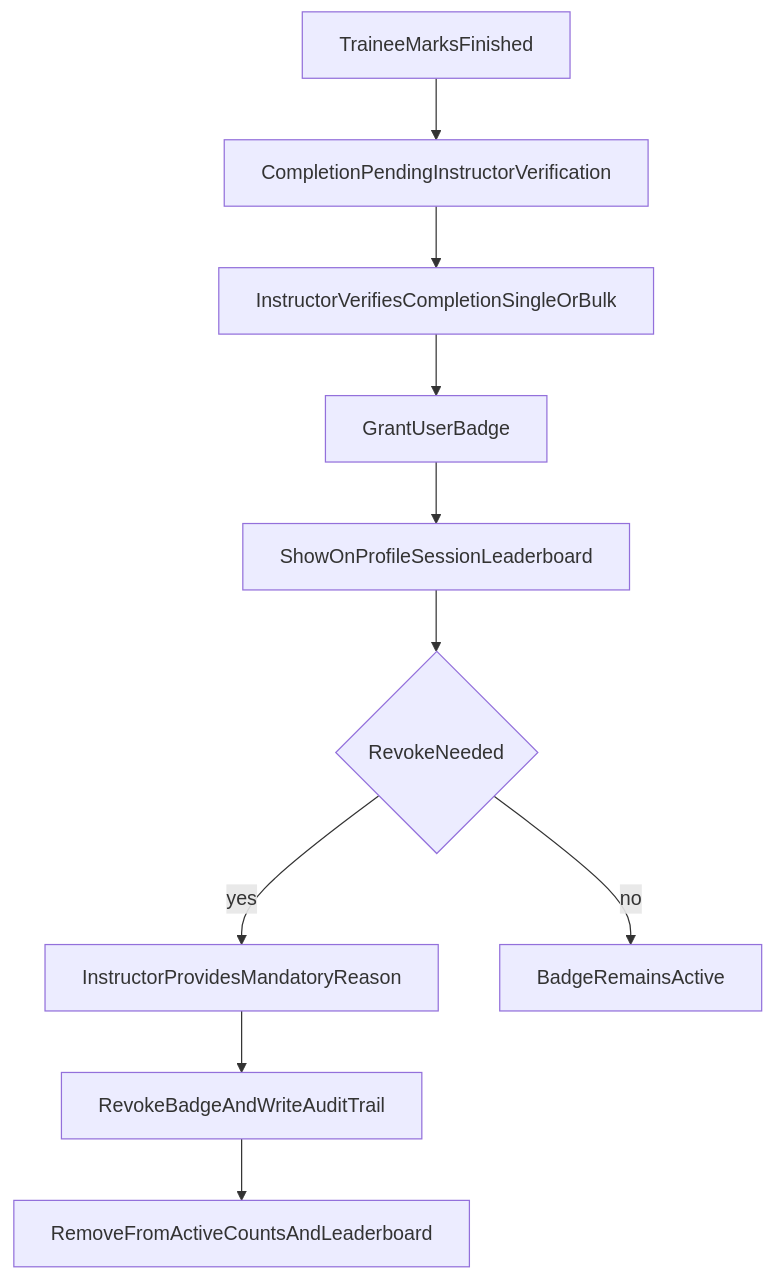
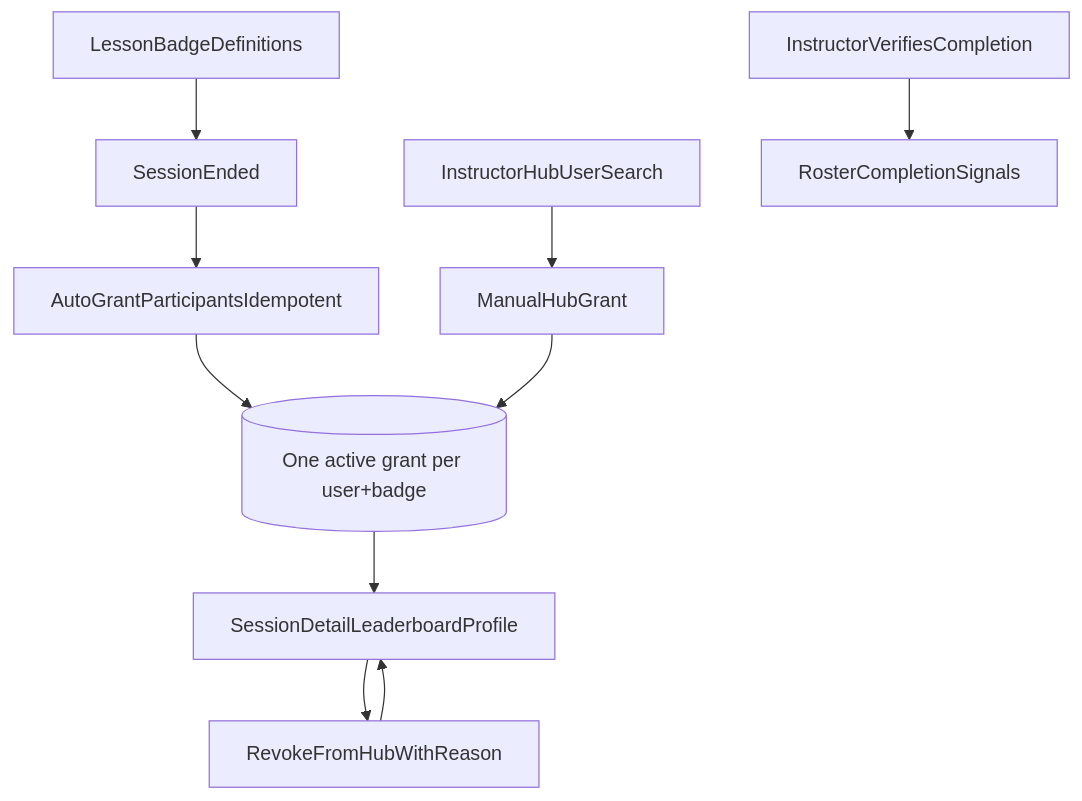
One commit to justin-p/Workshlope changed the fifth of 5 diagrams in PLAN.md. Above: the diagram before and after it, drawn with Mermaid. The commit also changed other lines of this file and 14 other files, not shown here.

First line of the commit message:
feat(workshop): unified badge hub, session-end auto-award, and participant badges

````diff
--- a/PLAN.md
+++ b/PLAN.md
@@ -416,12 +416,12 @@
 ```mermaid
 flowchart TD
-  traineeFinish[TraineeMarksFinished] --> pendingVerify[CompletionPendingInstructorVerification]
-  pendingVerify --> instructorVerify[InstructorVerifiesCompletionSingleOrBulk]
-  instructorVerify --> grantBadge[GrantUserBadge]
-  grantBadge --> showSurfaces[ShowOnProfileSessionLeaderboard]
-  showSurfaces --> revokeDecision{RevokeNeeded}
-  revokeDecision -->|yes| revokeReason[InstructorProvidesMandatoryReason]
-  revokeReason --> revokeBadge[RevokeBadgeAndWriteAuditTrail]
-  revokeBadge --> updateViews[RemoveFromActiveCountsAndLeaderboard]
-  revokeDecision -->|no| keepBadge[BadgeRemainsActive]
+  manifest[LessonBadgeDefinitions] --> sessionEnd[SessionEnded]
+  sessionEnd --> autoGrant[AutoGrantParticipantsIdempotent]
+  hubSearch[InstructorHubUserSearch] --> hubGrant[ManualHubGrant]
+  autoGrant --> activeGrant[(One active grant per user+badge)]
+  hubGrant --> activeGrant
+  instructorVerify[InstructorVerifiesCompletion] --> rosterSignals[RosterCompletionSignals]
+  activeGrant --> surfaces[SessionDetailLeaderboardProfile]
+  surfaces --> revokeHub[RevokeFromHubWithReason]
+  revokeHub --> surfaces
 ```
````
